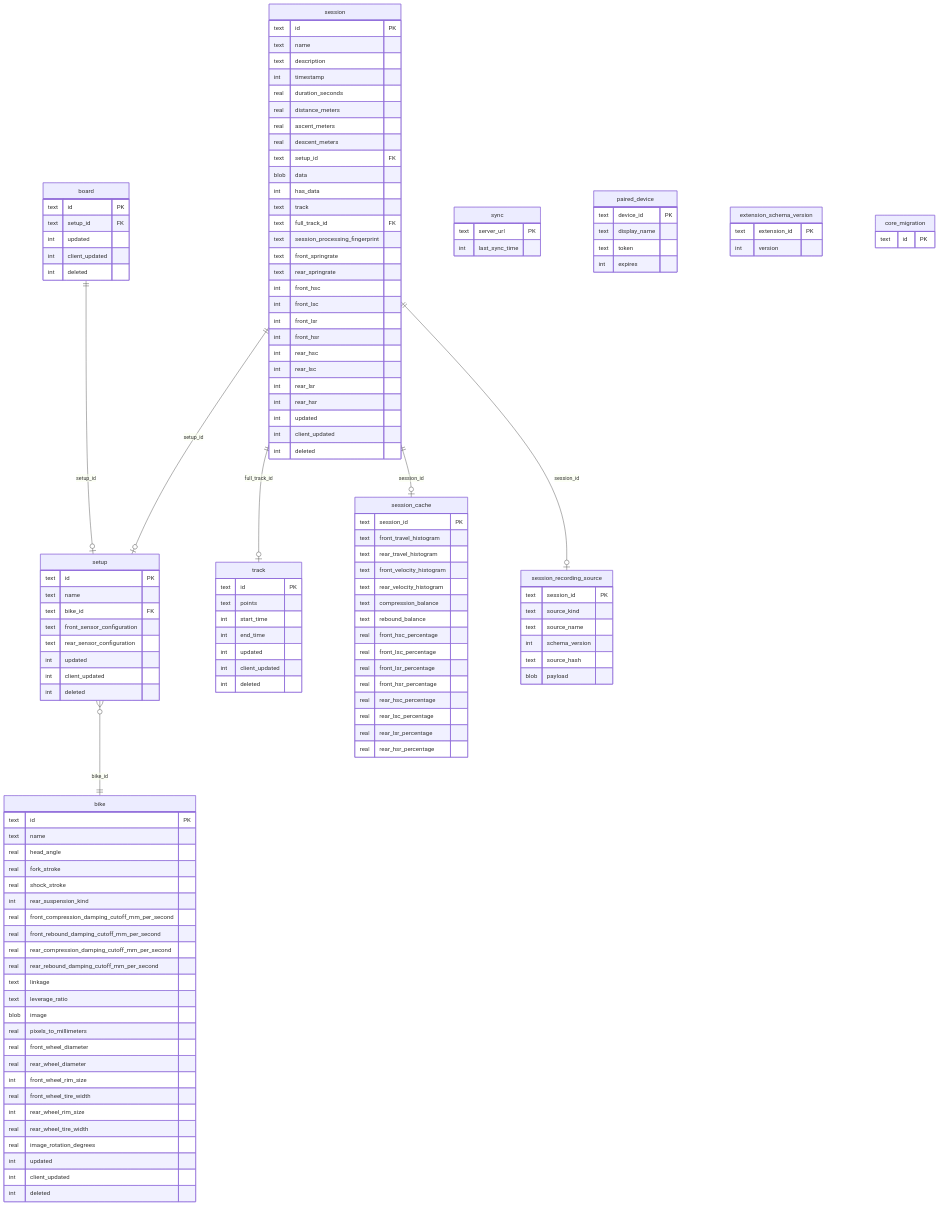
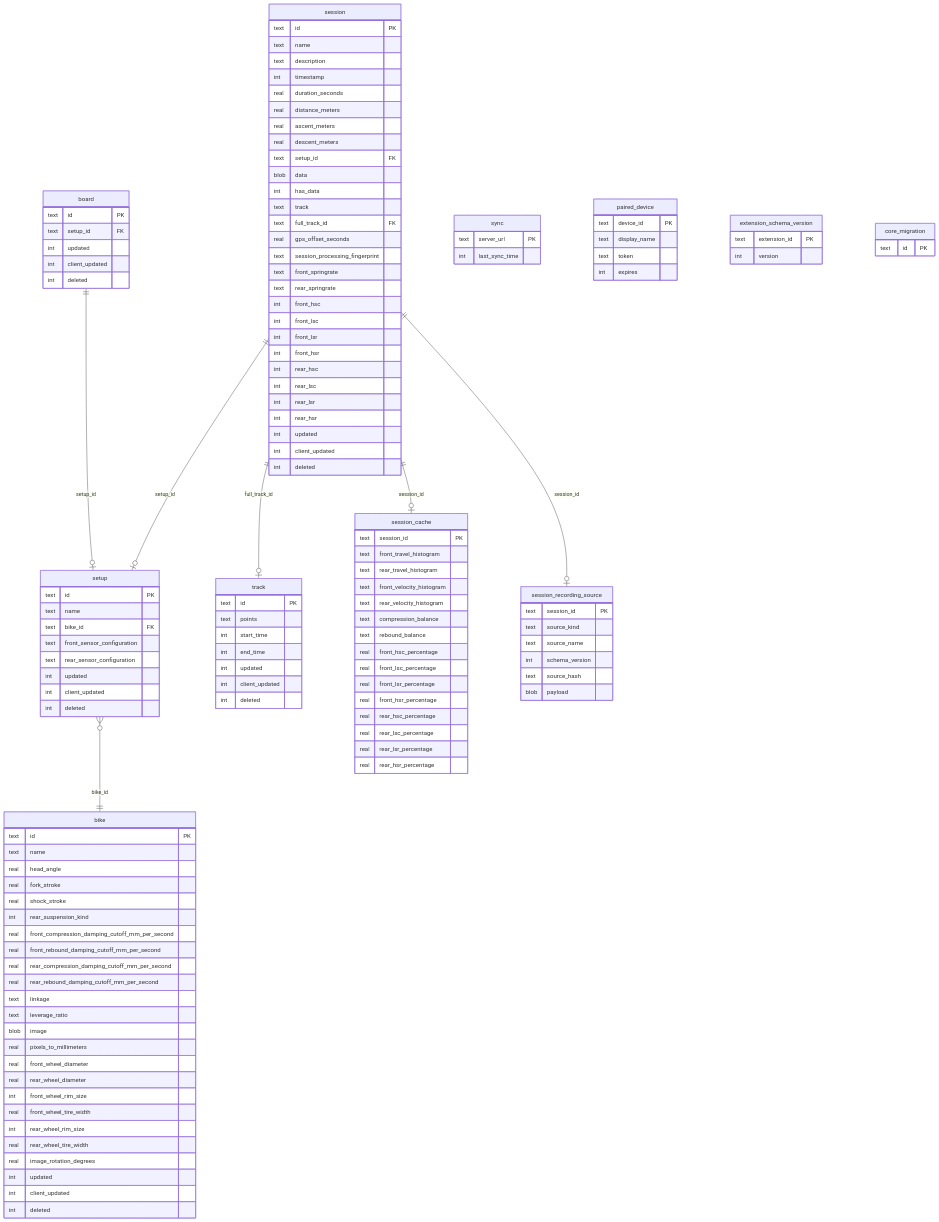
Before and after one commit to MoridinBG/Sufni.app: the diagram in docs/architecture/persistence.md, drawn with Mermaid. The commit also changed other lines of this file and 2 other files, not shown here.

Commit message:
Record GPS alignment architecture updates

```diff
--- a/docs/architecture/persistence.md
+++ b/docs/architecture/persistence.md
@@ -27,6 +27,7 @@
         int has_data
         text track
         text full_track_id FK
+        real gps_offset_seconds
         text session_processing_fingerprint
         text front_springrate
         text rear_springrate
```
